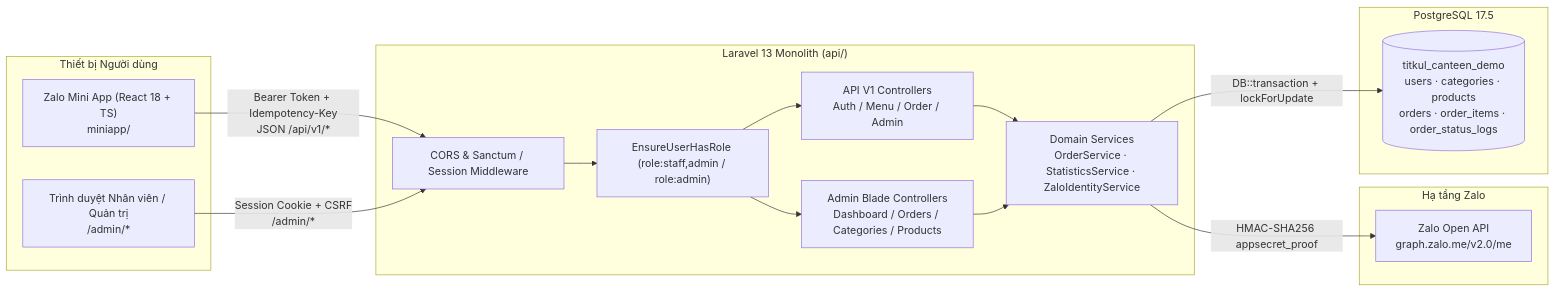
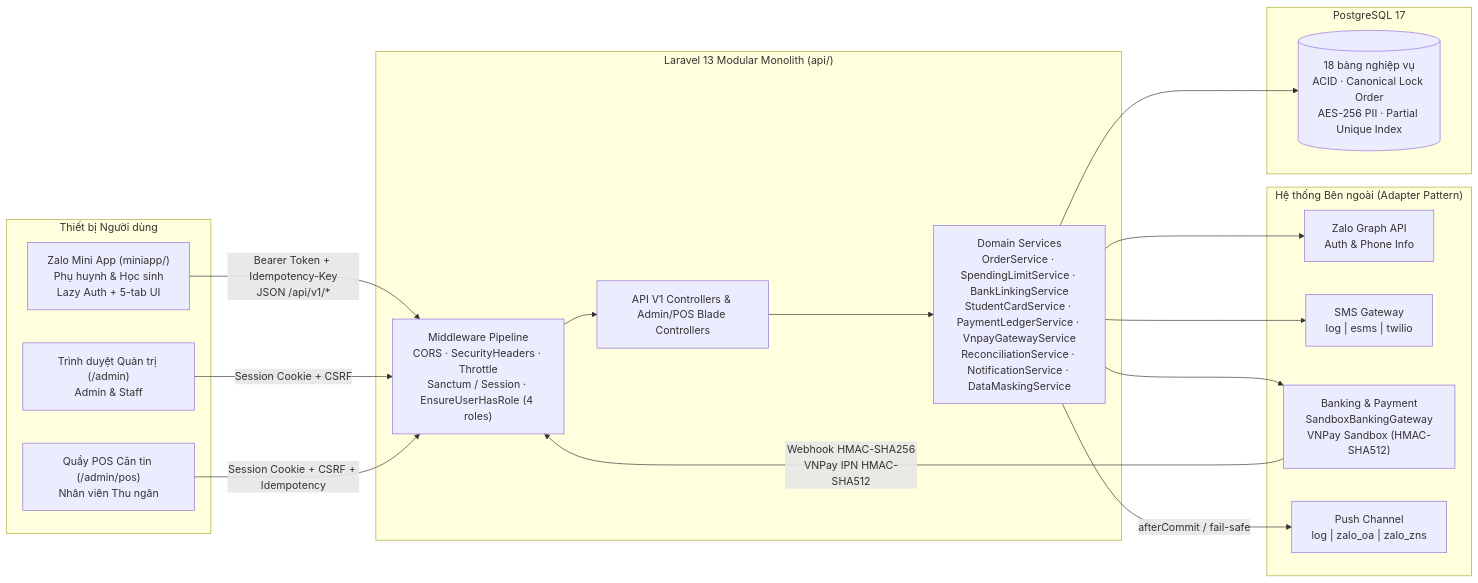
The first of 4 diagrams in docs/architecture/system-architecture.md (HoangKhang5207/SmartCanteen), drawn with Mermaid before and after one commit. The commit also changed other lines of this file and 14 other files, not shown here.

````diff
--- a/docs/architecture/system-architecture.md
+++ b/docs/architecture/system-architecture.md
@@ -14,33 +14,36 @@
 ```mermaid
 flowchart LR
-    subgraph Client["Thiết bị Người dùng"]
-        ZMA["Zalo Mini App (React 18 + TS)\nminiapp/"]
-        Browser["Trình duyệt Nhân viên / Quản trị\n/admin/*"]
+    subgraph Clients["Thiết bị Người dùng"]
+        ZMA["Zalo Mini App (miniapp/)\nPhụ huynh & Học sinh\nLazy Auth + 5-tab UI"]
+        AdminWeb["Trình duyệt Quản trị (/admin)\nAdmin & Staff"]
+        POS["Quầy POS Căn tin (/admin/pos)\nNhân viên Thu ngân"]
     end
 
-    subgraph ZaloCloud["Hạ tầng Zalo"]
-        ZaloGraph["Zalo Open API\ngraph.zalo.me/v2.0/me"]
+    subgraph External["Hệ thống Bên ngoài (Adapter Pattern)"]
+        ZaloAPI["Zalo Graph API\nAuth & Phone Info"]
+        SMS["SMS Gateway\nlog | esms | twilio"]
+        Bank["Banking & Payment\nSandboxBankingGateway\nVNPay Sandbox (HMAC-SHA512)"]
+        Push["Push Channel\nlog | zalo_oa | zalo_zns"]
     end
 
-    subgraph Backend["Laravel 13 Monolith (api/)"]
-        Cors["CORS & Sanctum / Session Middleware"]
-        RBAC["EnsureUserHasRole (role:staff,admin / role:admin)"]
-        ApiCtrl["API V1 Controllers\nAuth / Menu / Order / Admin"]
-        WebCtrl["Admin Blade Controllers\nDashboard / Orders / Categories / Products"]
-        Services["Domain Services\nOrderService · StatisticsService · ZaloIdentityService"]
+    subgraph Backend["Laravel 13 Modular Monolith (api/)"]
+        MW["Middleware Pipeline\nCORS · SecurityHeaders · Throttle\nSanctum / Session · EnsureUserHasRole (4 roles)"]
+        Ctrls["API V1 Controllers & Admin/POS Blade Controllers"]
+        Services["Domain Services\nOrderService · SpendingLimitService · BankLinkingService\nStudentCardService · PaymentLedgerService · VnpayGatewayService\nReconciliationService · NotificationService · DataMaskingService"]
     end
 
-    subgraph DB["PostgreSQL 17.5"]
-        PG[("titkul_canteen_demo\nusers · categories · products\norders · order_items · order_status_logs")]
+    subgraph DB["PostgreSQL 17"]
+        PG[("18 bảng nghiệp vụ\nACID · Canonical Lock Order\nAES-256 PII · Partial Unique Index")]
     end
 
-    ZMA -->|"Bearer Token + Idempotency-Key\nJSON /api/v1/*"| Cors
-    Browser -->|"Session Cookie + CSRF\n/admin/*"| Cors
-    Cors --> RBAC
-    RBAC --> ApiCtrl
-    RBAC --> WebCtrl
-    ApiCtrl --> Services
-    WebCtrl --> Services
-    Services -->|"HMAC-SHA256 appsecret_proof"| ZaloGraph
-    Services -->|"DB::transaction + lockForUpdate"| PG
+    ZMA -->|"Bearer Token + Idempotency-Key\nJSON /api/v1/*"| MW
+    AdminWeb -->|"Session Cookie + CSRF"| MW
+    POS -->|"Session Cookie + CSRF + Idempotency"| MW
+    Bank -->|"Webhook HMAC-SHA256\nVNPay IPN HMAC-SHA512"| MW
+    MW --> Ctrls --> Services
+    Services -->|"afterCommit / fail-safe"| Push
+    Services --> SMS
+    Services --> ZaloAPI
+    Services --> Bank
+    Services --> PG
 ```
````
